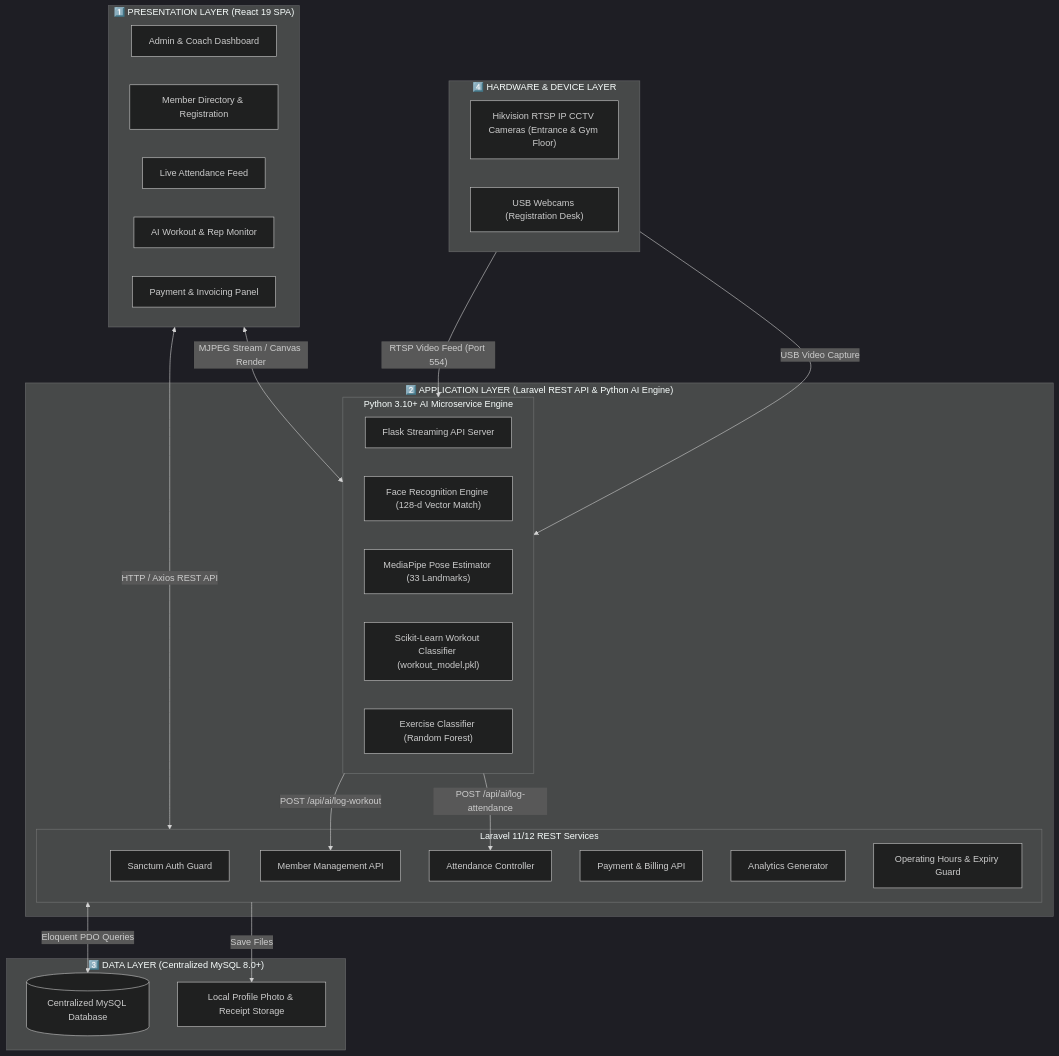
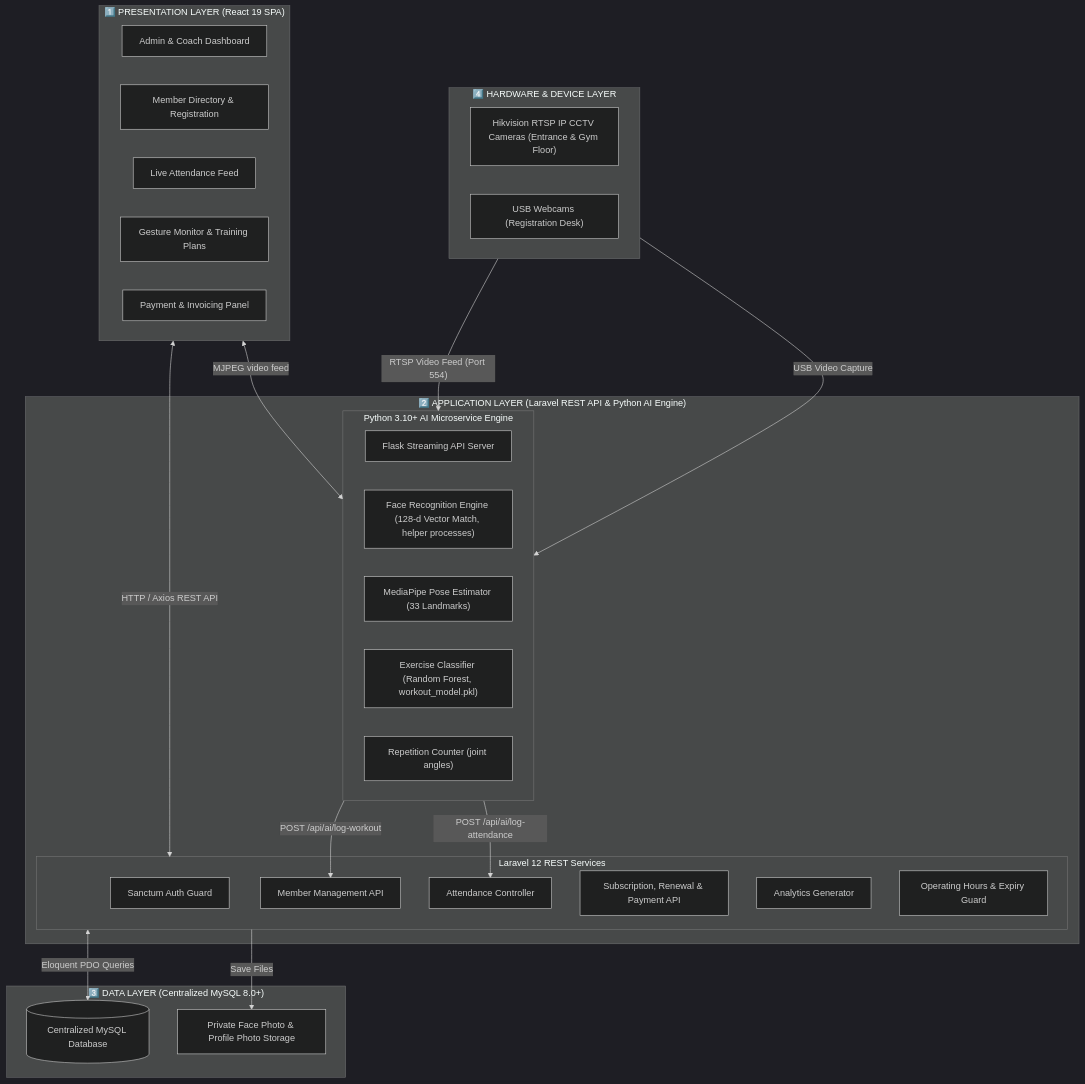
One commit to Plonteras191/GYM2-CAPSTONE changed the fifth of 7 diagrams in DOCUMENTATION/Product Requirements Documents/System diagrams/System Diagrams.md. Above: the diagram before and after it, drawn with Mermaid (dark theme). The commit also changed other lines of this file and 3 other files, not shown here.

First line of the commit message:
docs(prd): update architecture, database, system diagrams and user technical documentation to v2.0

````diff
--- a/DOCUMENTATION/Product Requirements Documents/System diagrams/System Diagrams.md
+++ b/DOCUMENTATION/Product Requirements Documents/System diagrams/System Diagrams.md
@@ -264,52 +273,52 @@
 ```mermaid
 flowchart TB
     subgraph Layer1 ["1️⃣ PRESENTATION LAYER (React 19 SPA)"]
         UI_DASH["Admin & Coach Dashboard"]
         UI_MEMBERS["Member Directory & Registration"]
         UI_ATTENDANCE["Live Attendance Feed"]
-        UI_WORKOUTS["AI Workout & Rep Monitor"]
+        UI_WORKOUTS["Gesture Monitor & Training Plans"]
         UI_FINANCE["Payment & Invoicing Panel"]
     end
 
     subgraph Layer2 ["2️⃣ APPLICATION LAYER (Laravel REST API & Python AI Engine)"]
-        subgraph Laravel_API ["Laravel 11/12 REST Services"]
+        subgraph Laravel_API ["Laravel 12 REST Services"]
             AUTH["Sanctum Auth Guard"]
             API_MEMBERS["Member Management API"]
             API_ATTENDANCE["Attendance Controller"]
-            API_PAYMENTS["Payment & Billing API"]
+            API_PAYMENTS["Subscription, Renewal & Payment API"]
             API_REPORTS["Analytics Generator"]
             CARBON_GUARD["Operating Hours & Expiry Guard"]
         end
 
         subgraph Python_AI ["Python 3.10+ AI Microservice Engine"]
             FLASK_SERVER["Flask Streaming API Server"]
-            FACE_RECOGNITION["Face Recognition Engine (128-d Vector Match)"]
+            FACE_RECOGNITION["Face Recognition Engine (128-d Vector Match, helper processes)"]
             MEDIAPIPE_POSE["MediaPipe Pose Estimator (33 Landmarks)"]
-            ML_CLASSIFIER["Scikit-Learn Workout Classifier (workout_model.pkl)"]
-            REP_STATE["Exercise Classifier (Random Forest)"]
+            ML_CLASSIFIER["Exercise Classifier (Random Forest, workout_model.pkl)"]
+            REP_STATE["Repetition Counter (joint angles)"]
         end
     end
 
     subgraph Layer3 ["3️⃣ DATA LAYER (Centralized MySQL 8.0+)"]
         MYSQL_DB[("Centralized MySQL Database")]
-        FILE_STORAGE["Local Profile Photo & Receipt Storage"]
+        FILE_STORAGE["Private Face Photo & Profile Photo Storage"]
     end
 
     subgraph Layer4 ["4️⃣ HARDWARE & DEVICE LAYER"]
         CCTV_CAM["Hikvision RTSP IP CCTV Cameras (Entrance & Gym Floor)"]
         USB_CAM["USB Webcams (Registration Desk)"]
     end
 
     %% Connections
     Layer1 <-->|"HTTP / Axios REST API"| Laravel_API
-    Layer1 <-->|"MJPEG Stream / Canvas Render"| Python_AI
+    Layer1 <-->|"MJPEG video feed"| Python_AI
     
     Layer4 -->|"RTSP Video Feed (Port 554)"| Python_AI
     Layer4 -->|"USB Video Capture"| Python_AI
 
     Python_AI -->|"POST /api/ai/log-attendance"| API_ATTENDANCE
     Python_AI -->|"POST /api/ai/log-workout"| API_MEMBERS
 
     Laravel_API <-->|"Eloquent PDO Queries"| MYSQL_DB
     Laravel_API -->|"Save Files"| FILE_STORAGE
 ```
````
